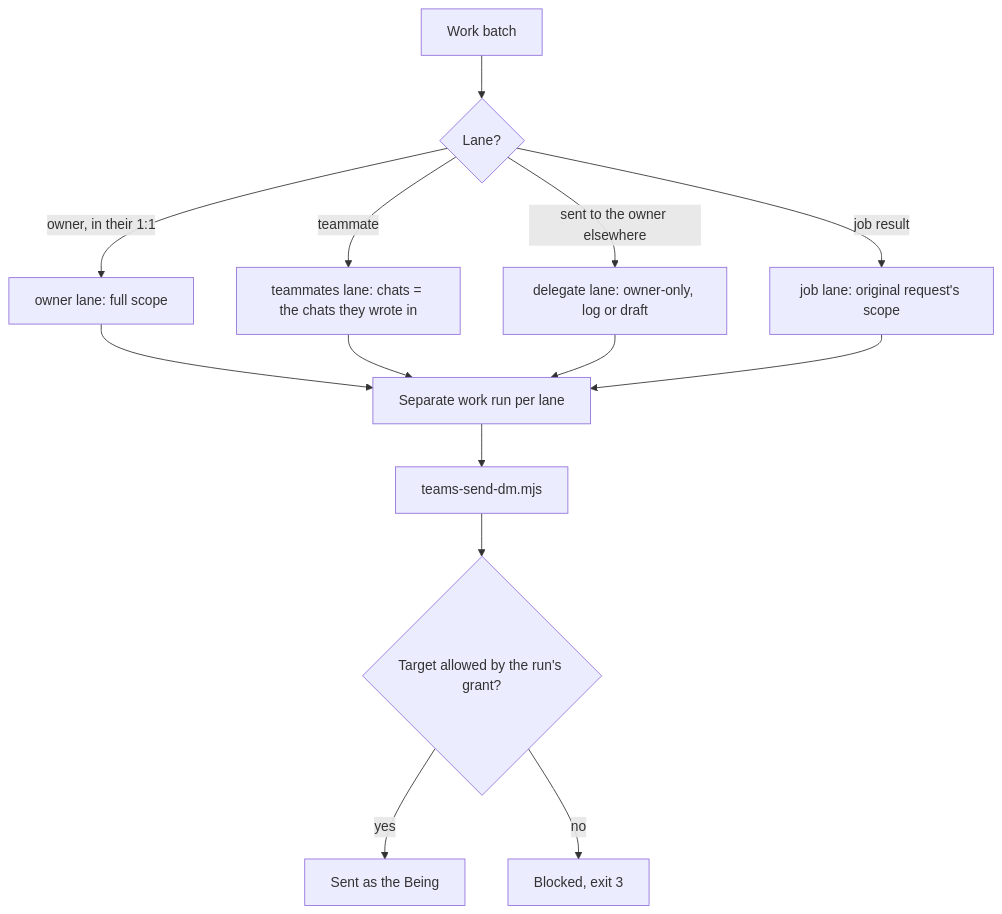
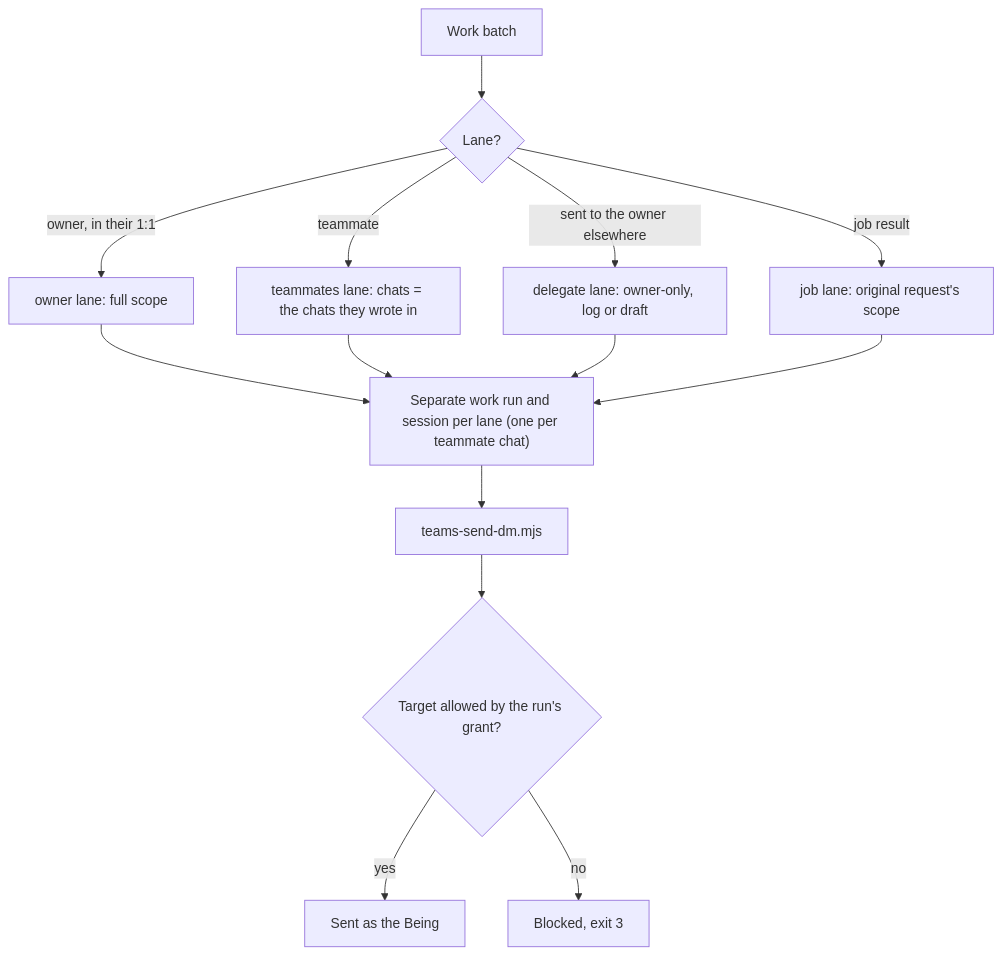
The fifth of 9 diagrams in docs/ARCHITECTURE.md (VeltriaAI/beings-protocol), drawn with Mermaid before and after one commit. The commit also changed other lines of this file and 18 other files, not shown here.

First line of the commit message:
Teams kit: per-lane sessions, teammate memory fence, review fixes

````diff
--- a/docs/ARCHITECTURE.md
+++ b/docs/ARCHITECTURE.md
@@ -225,16 +240,16 @@
 ```mermaid
 flowchart TB
   IN["Work batch"] --> SPLIT{"Lane?"}
   SPLIT -->|job result| JL["job lane: original request's scope"]
   SPLIT -->|owner, in their 1:1| OL["owner lane: full scope"]
   SPLIT -->|sent to the owner elsewhere| DL["delegate lane: owner-only, log or draft"]
   SPLIT -->|teammate| TL["teammates lane: chats = the chats they wrote in"]
-  OL --> RUN["Separate work run per lane"]
+  OL --> RUN["Separate work run and session per lane (one per teammate chat)"]
   TL --> RUN
   DL --> RUN
   JL --> RUN
   RUN --> SEND["teams-send-dm.mjs"]
   SEND --> CHK{"Target allowed by the run's grant?"}
   CHK -->|yes| OK["Sent as the Being"]
   CHK -->|no| BLK["Blocked, exit 3"]
 ```
````
